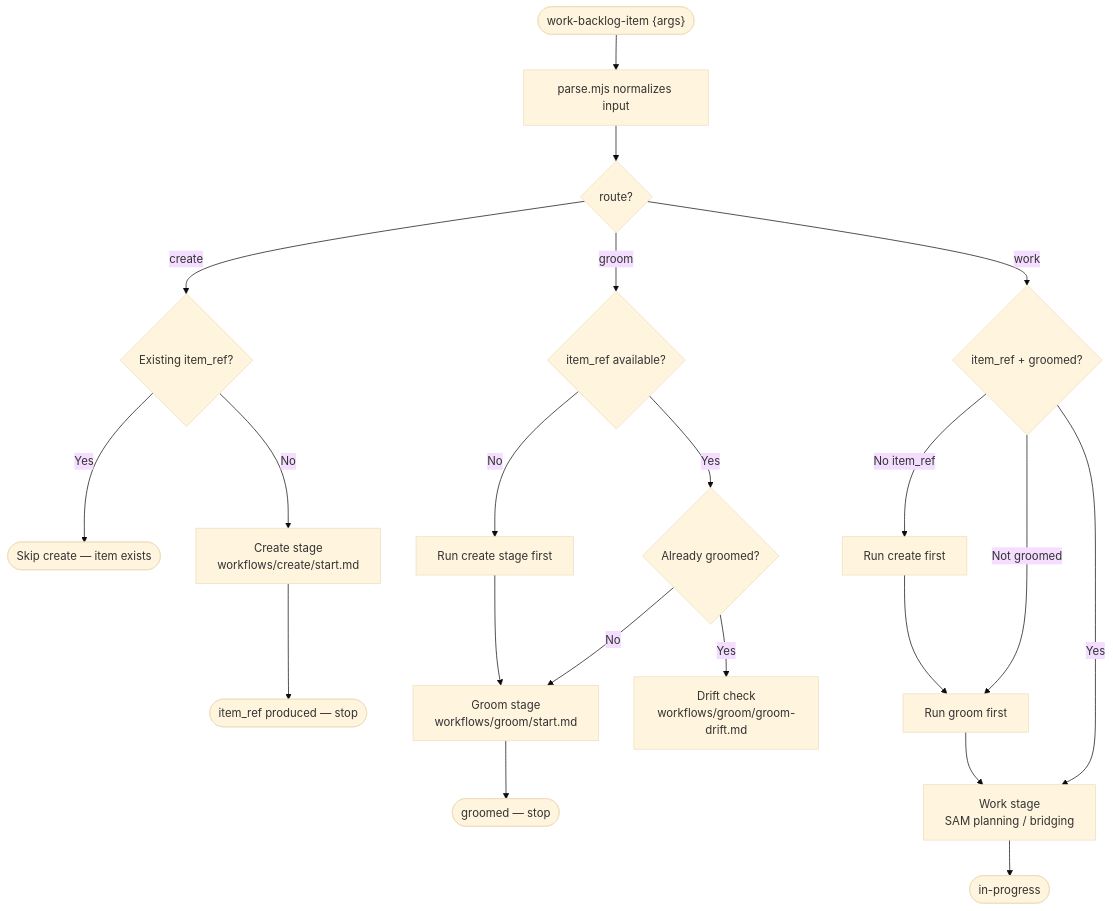
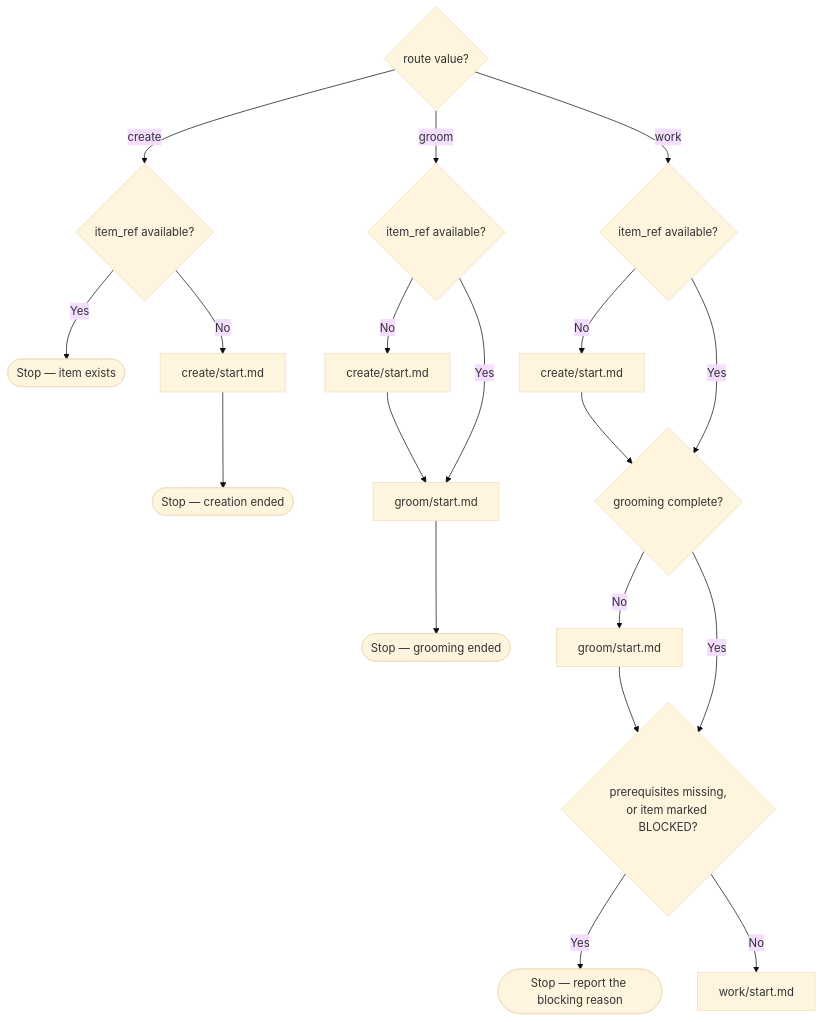
One commit to Jamie-BitFlight/claude_skills changed the second of 2 diagrams in plugins/development-harness/docs/backlog-lifecycle.md. Above: the diagram before and after it, drawn with Mermaid (base theme). The commit also changed other lines of this file and 23 other files, not shown here.

````diff
--- a/plugins/development-harness/docs/backlog-lifecycle.md
+++ b/plugins/development-harness/docs/backlog-lifecycle.md
@@ -169,26 +121,24 @@
 ```mermaid
 flowchart TD
-    Entry(["work-backlog-item {args}"]) --> Parser["parse.mjs normalizes input"]
-    Parser --> Route{"route?"}
+    Route{"route value?"}
+    Route -->|create| CreateRef{"item_ref available?"}
+    CreateRef -->|Yes| CreateSkip(["Stop — item exists"])
+    CreateRef -->|No| Create["create/start.md"]
+    Create --> CreateEnd(["Stop — creation ended"])
 
-    Route -->|create| CreateCheck{"Existing item_ref?"}
-    CreateCheck -->|Yes| Stop1(["Skip create — item exists"])
-    CreateCheck -->|No| Create["Create stage<br>workflows/create/start.md"]
-    Create --> CreateDone(["item_ref produced — stop"])
+    Route -->|groom| GroomRef{"item_ref available?"}
+    GroomRef -->|No| GroomCreate["create/start.md"]
+    GroomCreate --> Groom
+    GroomRef -->|Yes| Groom["groom/start.md"]
+    Groom --> GroomEnd(["Stop — grooming ended"])
 
-    Route -->|groom| GroomCheck{"item_ref available?"}
-    GroomCheck -->|No| RunCreate["Run create stage first"]
-    RunCreate --> Groom
-    GroomCheck -->|Yes| GroomReady{"Already groomed?"}
-    GroomReady -->|Yes| DriftCheck["Drift check<br>workflows/groom/groom-drift.md"]
-    GroomReady -->|No| Groom["Groom stage<br>workflows/groom/start.md"]
-    Groom --> GroomDone(["groomed — stop"])
-
-    Route -->|work| WorkCheck{"item_ref + groomed?"}
-    WorkCheck -->|"No item_ref"| RunCreate2["Run create first"]
-    RunCreate2 --> RunGroom
-    WorkCheck -->|"Not groomed"| RunGroom["Run groom first"]
-    RunGroom --> Work
-    WorkCheck -->|"Yes"| Work["Work stage<br>SAM planning / bridging"]
-    Work --> WorkDone(["in-progress"])
+    Route -->|work| WorkRef{"item_ref available?"}
+    WorkRef -->|No| WorkCreate["create/start.md"]
+    WorkCreate --> WorkGroomed
+    WorkRef -->|Yes| WorkGroomed{"grooming complete?"}
+    WorkGroomed -->|No| WorkGroom["groom/start.md"]
+    WorkGroom --> WorkGate
+    WorkGroomed -->|Yes| WorkGate{"prerequisites missing,<br>or item marked BLOCKED?"}
+    WorkGate -->|Yes| WorkStop(["Stop — report the blocking reason"])
+    WorkGate -->|No| Work["work/start.md"]
 ```
````
